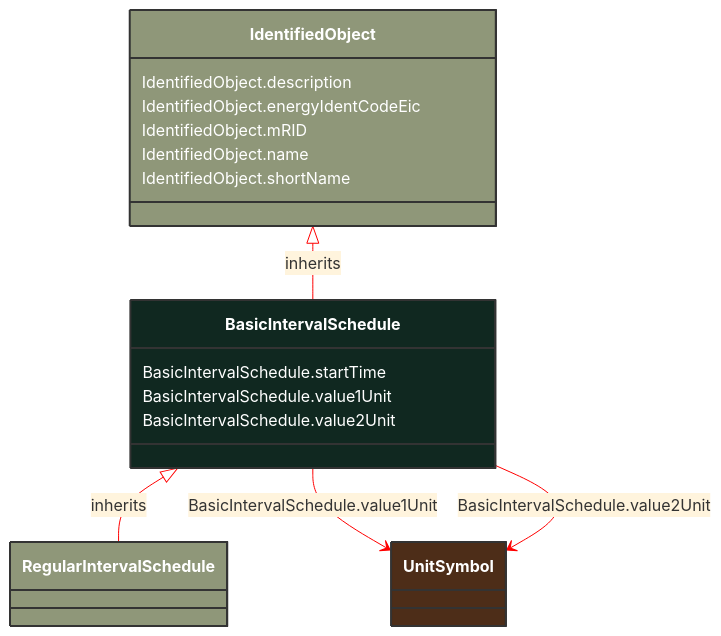
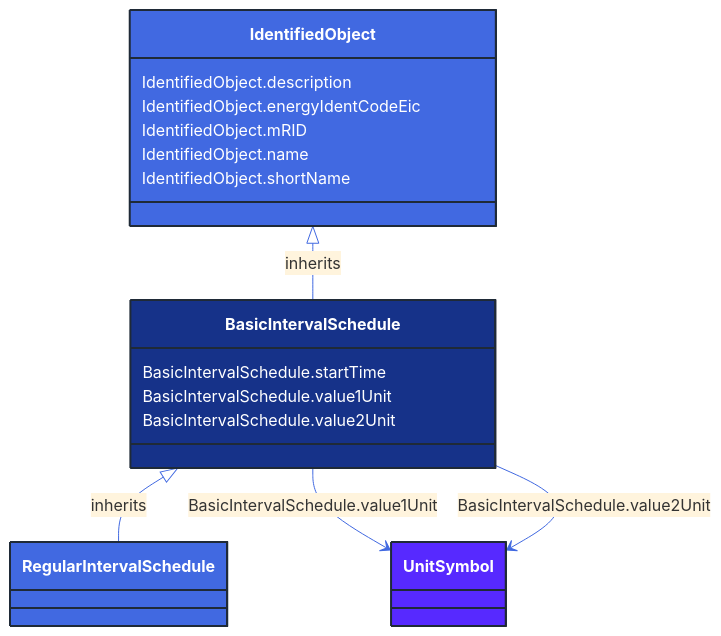
The diagram in docs/Models/Profiles/CoreEquipment/AbstractClasses/BasicIntervalSchedule.md (3lbits/NoCIMExtensions), drawn with Mermaid before and after one commit. The commit also changed 362 other files, not shown here.

First line of the commit message:
Update diagrams and styles for improved visual consistency

````diff
--- a/docs/Models/Profiles/CoreEquipment/AbstractClasses/BasicIntervalSchedule.md
+++ b/docs/Models/Profiles/CoreEquipment/AbstractClasses/BasicIntervalSchedule.md
@@ -10,38 +10,38 @@
 ```mermaid
-%%{init: {'theme':'base','themeVariables': {'lineColor': '#FF0000'}}}%%
+%%{init: {'theme':'base','themeVariables': {'lineColor': '#4169E1'}}}%%
 classDiagram
     class BasicIntervalSchedule
     click BasicIntervalSchedule href "/Models/Profiles/CoreEquipment/AbstractClasses/BasicIntervalSchedule/"
-    style BasicIntervalSchedule fill:#102820,stroke:#333,stroke-width:2px,rx:10,ry:10,color:white
+    style BasicIntervalSchedule fill:#163289,stroke:#1F2A37,stroke-width:2px,rx:10,ry:10,color:white
 
         BasicIntervalSchedule <|-- RegularIntervalSchedule : inherits
 
         RegularIntervalSchedule
             click RegularIntervalSchedule href "/Models/Profiles/CoreEquipment/AbstractClasses/RegularIntervalSchedule/"
-            style RegularIntervalSchedule fill:#8F9779,stroke:#333,stroke-width:2px,rx:10,ry:10,color:white
+            style RegularIntervalSchedule fill:#4169E1,stroke:#1F2A37,stroke-width:2px,rx:10,ry:10,color:white
      
         IdentifiedObject <|-- BasicIntervalSchedule : inherits
             click IdentifiedObject href "/Models/Profiles/CoreEquipment/AbstractClasses/IdentifiedObject/"
-            style IdentifiedObject fill:#8F9779,stroke:#333,stroke-width:2px,rx:10,ry:10,color:white
+            style IdentifiedObject fill:#4169E1,stroke:#1F2A37,stroke-width:2px,rx:10,ry:10,color:white
 
 
         BasicIntervalSchedule --> UnitSymbol : BasicIntervalSchedule.value1Unit
 
         UnitSymbol
             click UnitSymbol href "/Models/Profiles/CoreEquipment/Enumerations/UnitSymbol/"
-            style UnitSymbol fill:#4D2D18,stroke:#333,stroke-width:2px,rx:10,ry:10,color:white
+            style UnitSymbol fill:#5729FF,stroke:#1F2A37,stroke-width:2px,rx:10,ry:10,color:white
         BasicIntervalSchedule --> UnitSymbol : BasicIntervalSchedule.value2Unit
 
         UnitSymbol
             click UnitSymbol href "/Models/Profiles/CoreEquipment/Enumerations/UnitSymbol/"
-            style UnitSymbol fill:#4D2D18,stroke:#333,stroke-width:2px,rx:10,ry:10,color:white
+            style UnitSymbol fill:#5729FF,stroke:#1F2A37,stroke-width:2px,rx:10,ry:10,color:white
 
         BasicIntervalSchedule : BasicIntervalSchedule.startTime
         BasicIntervalSchedule : BasicIntervalSchedule.value1Unit
         BasicIntervalSchedule : BasicIntervalSchedule.value2Unit
         IdentifiedObject : IdentifiedObject.description
         IdentifiedObject : IdentifiedObject.energyIdentCodeEic
         IdentifiedObject : IdentifiedObject.mRID
         IdentifiedObject : IdentifiedObject.name
         IdentifiedObject : IdentifiedObject.shortName
 ```
````
